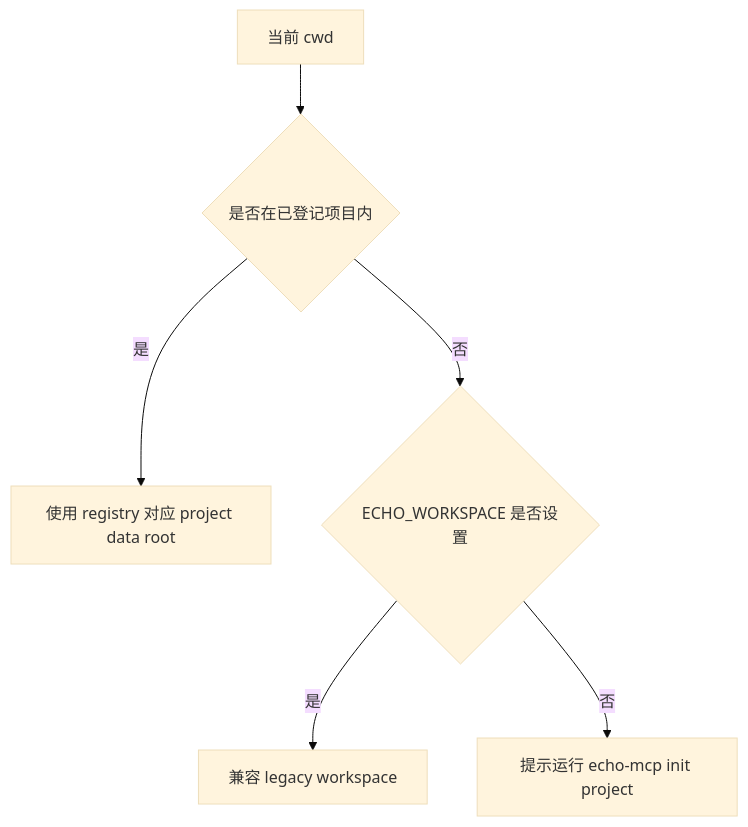
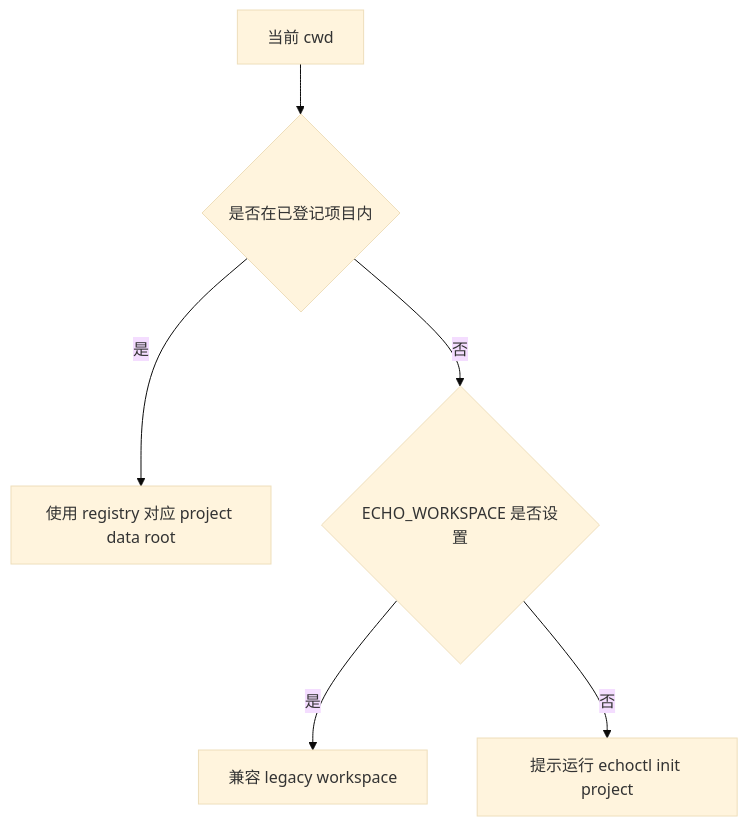
The sixth of 9 diagrams in ENGINEERING_BOUNDARIES.md (daxiguaguagua-hash/echo), drawn with Mermaid (base theme) before and after one commit. The commit also changed other lines of this file and 27 other files, not shown here.

First line of the commit message:
feat: CLI rename echoctl + alias/project frontmatter + write-comment usecase

````diff
--- a/ENGINEERING_BOUNDARIES.md
+++ b/ENGINEERING_BOUNDARIES.md
@@ -231,8 +231,8 @@
 ```mermaid
 flowchart TD
   A[当前 cwd] --> B{是否在已登记项目内}
   B -->|是| C[使用 registry 对应 project data root]
   B -->|否| D{ECHO_WORKSPACE 是否设置}
   D -->|是| E[兼容 legacy workspace]
-  D -->|否| F[提示运行 echo-mcp init project]
+  D -->|否| F[提示运行 echoctl init project]
 ```
````
